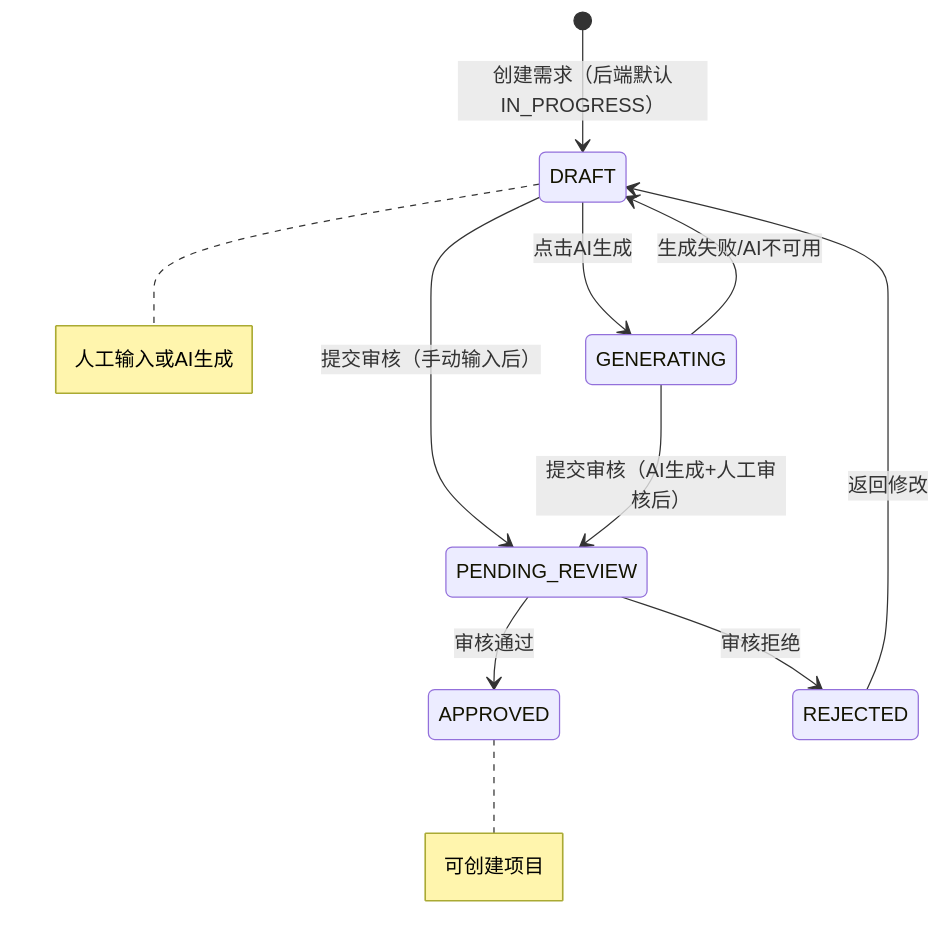
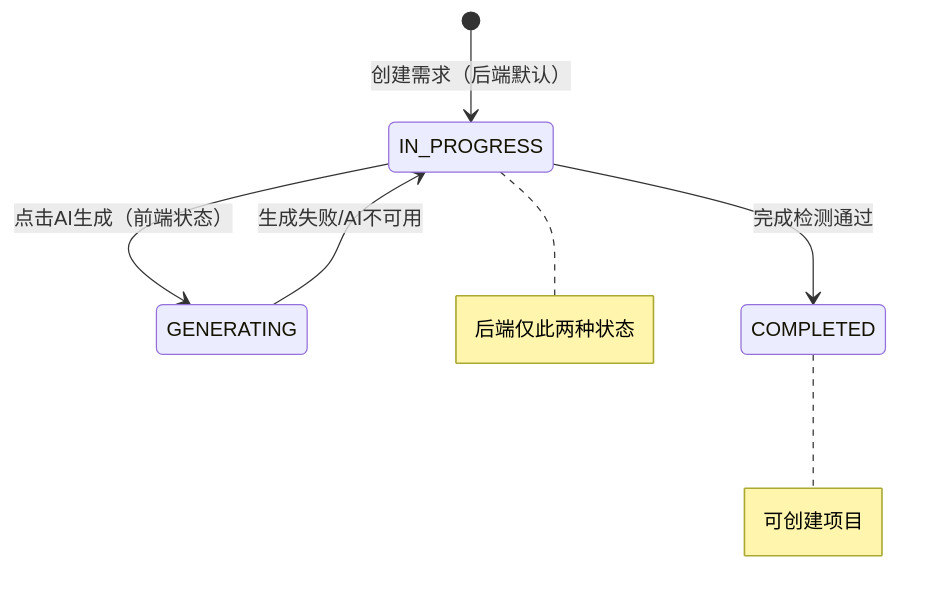
The third of 20 diagrams in docs/projects/业务需求编制到招标文件完成-业务流程梳理.md (DrunkFood/First), drawn with Mermaid before and after one commit. The commit also changed other lines of this file and 30 other files, not shown here.

````diff
--- a/docs/projects/业务需求编制到招标文件完成-业务流程梳理.md
+++ b/docs/projects/业务需求编制到招标文件完成-业务流程梳理.md
@@ -94,18 +94,12 @@
 ```mermaid
 stateDiagram-v2
-    [*] --> DRAFT : 创建需求（后端默认IN_PROGRESS）
+    [*] --> IN_PROGRESS : 创建需求（后端默认）
 
-    DRAFT --> GENERATING : 点击AI生成
-    GENERATING --> DRAFT : 生成失败/AI不可用
+    IN_PROGRESS --> GENERATING : 点击AI生成（前端状态）
+    GENERATING --> IN_PROGRESS : 生成失败/AI不可用
 
-    DRAFT --> PENDING_REVIEW : 提交审核（手动输入后）
-    GENERATING --> PENDING_REVIEW : 提交审核（AI生成+人工审核后）
+    IN_PROGRESS --> COMPLETED : 完成检测通过
 
-    PENDING_REVIEW --> APPROVED : 审核通过
-    PENDING_REVIEW --> REJECTED : 审核拒绝
-
-    REJECTED --> DRAFT : 返回修改
-
-    note right of APPROVED : 可创建项目
-    note right of DRAFT : 人工输入或AI生成
+    note right of COMPLETED : 可创建项目
+    note right of IN_PROGRESS : 后端仅此两种状态
 ```
````
